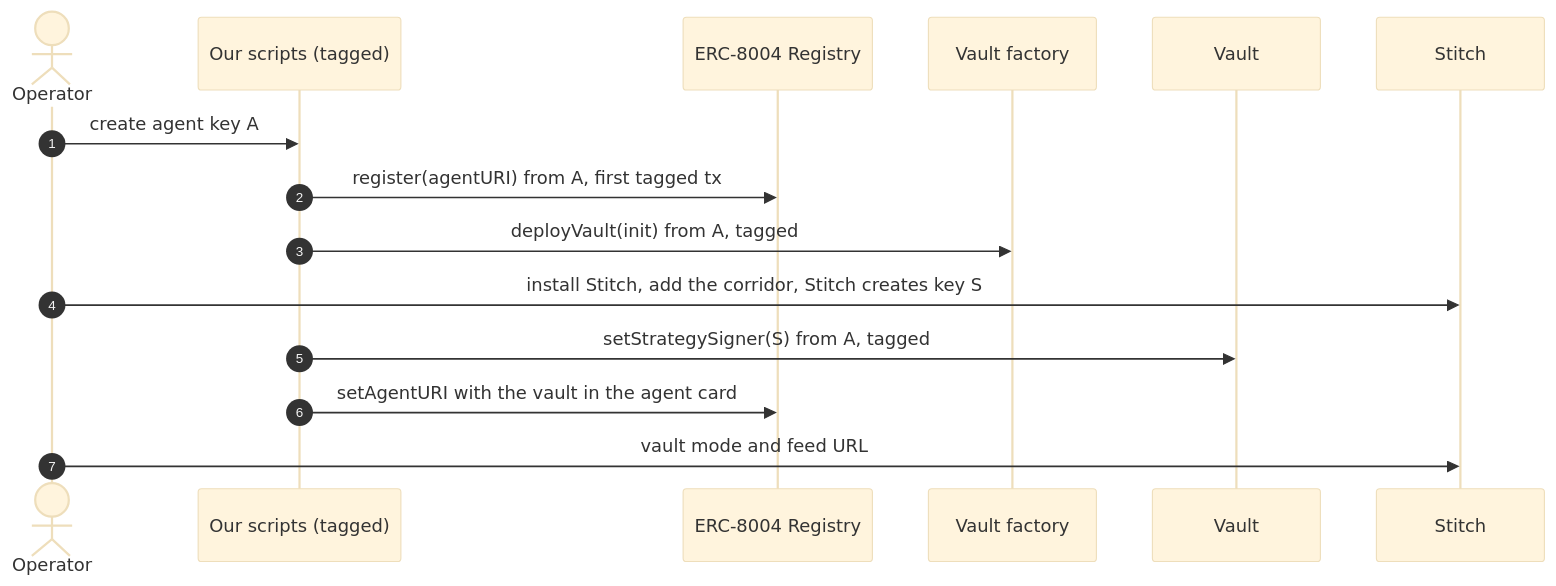
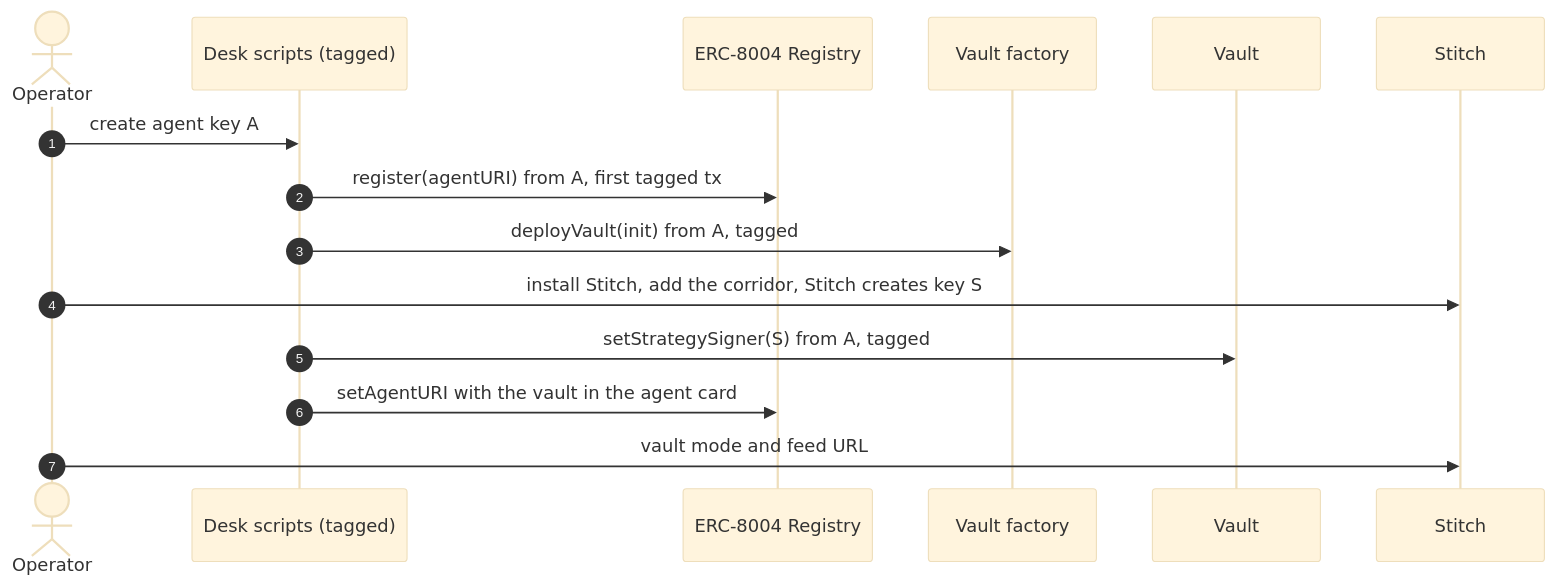
One commit to Kanasjnr/naira-desk changed the fourth of 11 diagrams in docs/ARCHITECTURE.md. Above: the diagram before and after it, drawn with Mermaid (base theme). The commit also changed other lines of this file and 2 other files, not shown here.

````diff
--- a/docs/ARCHITECTURE.md
+++ b/docs/ARCHITECTURE.md
@@ -275,17 +275,17 @@
 ```mermaid
 sequenceDiagram
   autonumber
   actor Y as Operator
-  participant SC as Our scripts (tagged)
+  participant SC as Desk scripts (tagged)
   participant ID as ERC-8004 Registry
   participant FAC as Vault factory
   participant V as Vault
   participant ST as Stitch
   Y->>SC: create agent key A
   SC->>ID: register(agentURI) from A, first tagged tx
   SC->>FAC: deployVault(init) from A, tagged
   Y->>ST: install Stitch, add the corridor, Stitch creates key S
   SC->>V: setStrategySigner(S) from A, tagged
   SC->>ID: setAgentURI with the vault in the agent card
   Y->>ST: vault mode and feed URL
 ```
````
